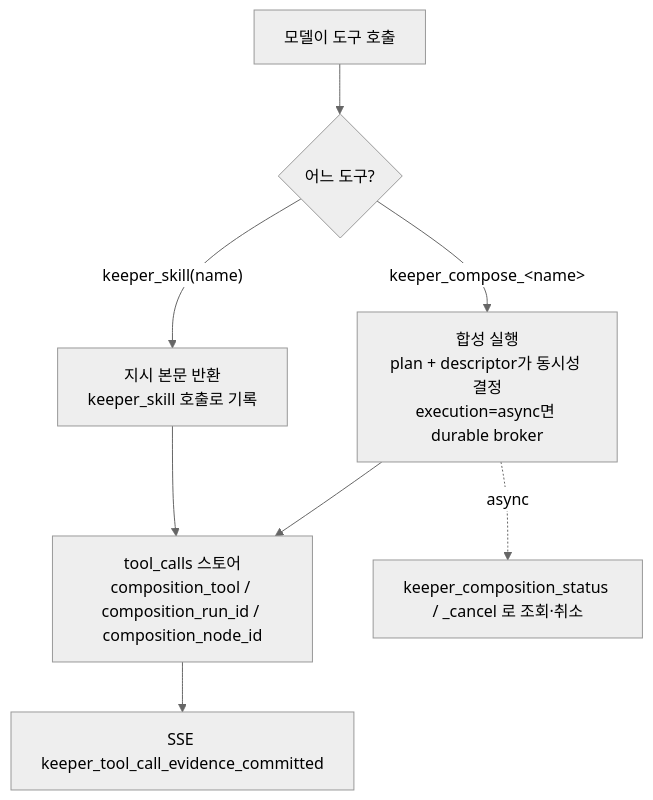
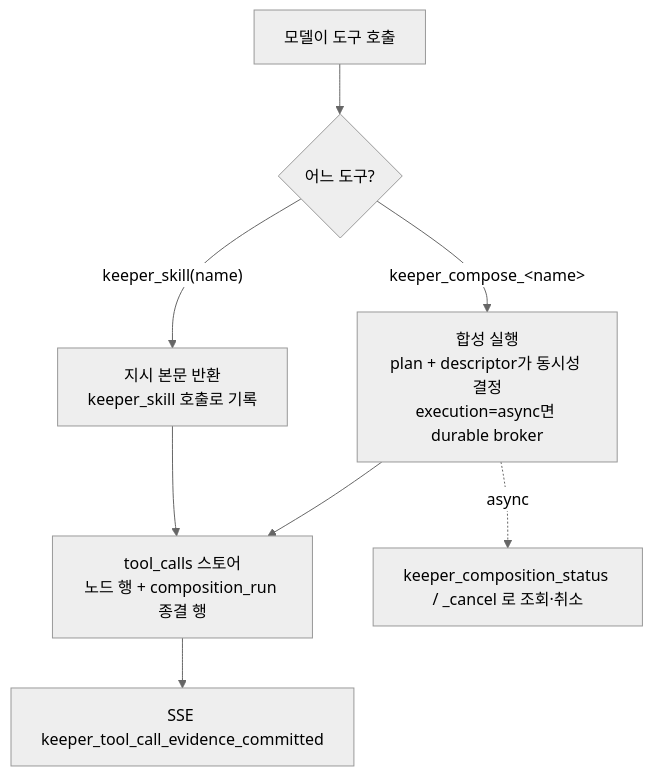
One commit to jeong-sik/masc changed the fourth of 4 diagrams in docs/SKILLS-FLOW.md. Above: the diagram before and after it, drawn with Mermaid (neutral theme). The commit also changed other lines of this file and 15 other files, not shown here.

````diff
--- a/docs/SKILLS-FLOW.md
+++ b/docs/SKILLS-FLOW.md
@@ -145,10 +145,10 @@
 ```mermaid
 flowchart TD
   M["모델이 도구 호출"] --> K{"어느 도구?"}
   K -->|"keeper_compose_&lt;name&gt;"| CR["합성 실행<br/>plan + descriptor가 동시성 결정<br/>execution=async면 durable broker"]
   K -->|"keeper_skill(name)"| IR["지시 본문 반환<br/>keeper_skill 호출로 기록"]
-  CR --> EV["tool_calls 스토어<br/>composition_tool / composition_run_id / composition_node_id"]
+  CR --> EV["tool_calls 스토어<br/>노드 행 + composition_run 종결 행"]
   IR --> EV
   EV --> SSE["SSE keeper_tool_call_evidence_committed"]
   CR -.->|"async"| ST["keeper_composition_status / _cancel 로 조회·취소"]
 ```
````
